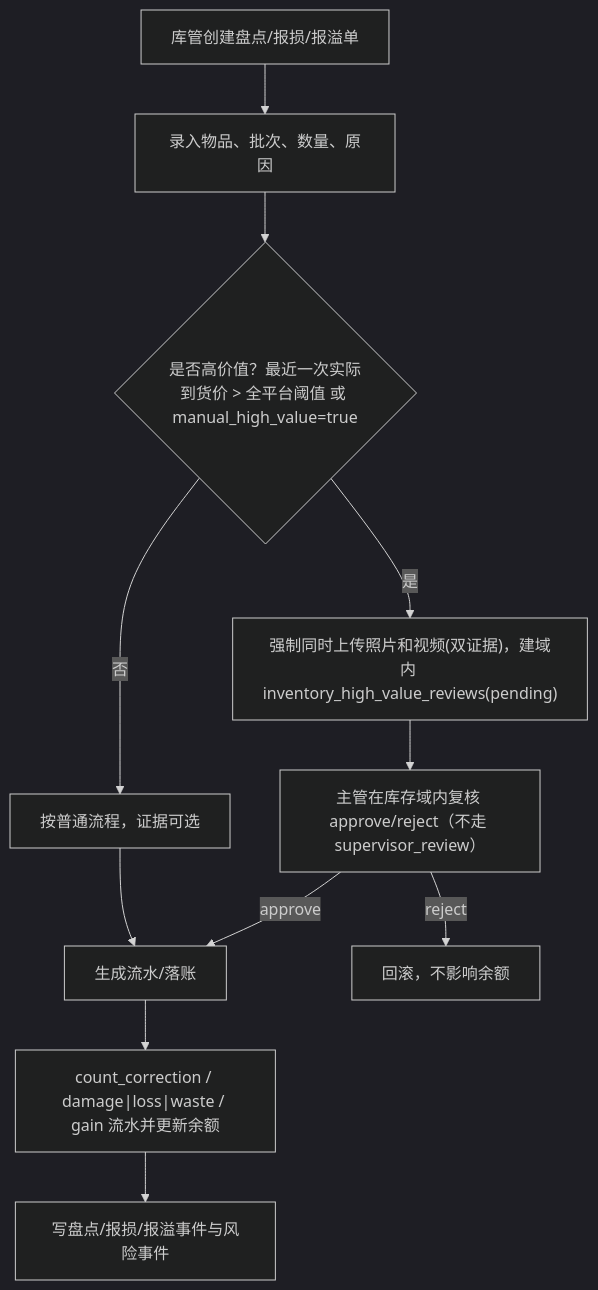
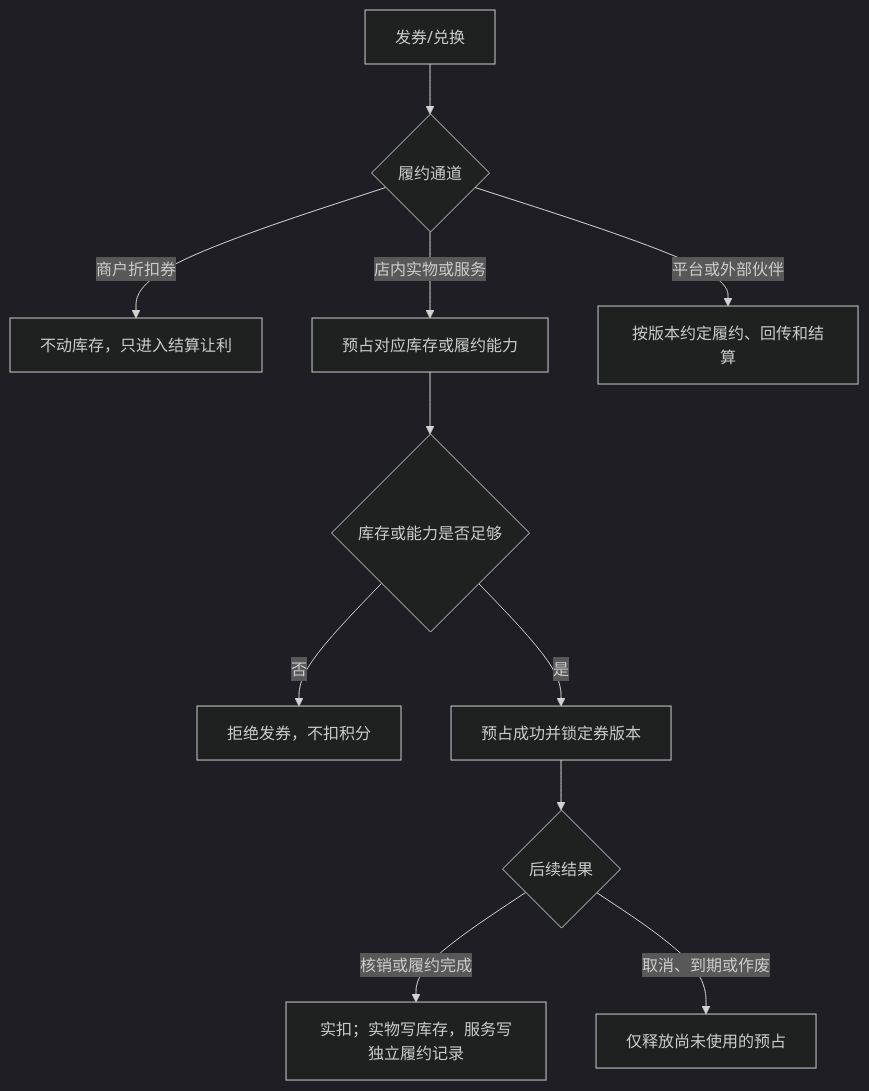
The third of 4 diagrams in docs/supply-chain-inventory-development-design-v0.1.md (jxh1979/mall), drawn with Mermaid (dark theme) before and after one commit. The commit also changed other lines of this file and 1 other file, not shown here.

````diff
--- a/docs/supply-chain-inventory-development-design-v0.1.md
+++ b/docs/supply-chain-inventory-development-design-v0.1.md
@@ -303,13 +283,13 @@
 ```mermaid
 flowchart TD
-  A["库管创建盘点/报损/报溢单"] --> B["录入物品、批次、数量、原因"]
-  B --> C{"是否高价值？最近一次实际到货价 > 全平台阈值 或 manual_high_value=true"}
-  C -- 是 --> D["强制同时上传照片和视频(双证据)，建域内 inventory_high_value_reviews(pending)"]
-  C -- 否 --> E["按普通流程，证据可选"]
-  D --> D1["主管在库存域内复核 approve/reject（不走 supervisor_review）"]
-  D1 -- approve --> F["生成流水/落账"]
-  D1 -- reject --> R["回滚，不影响余额"]
-  E --> F
-  F --> G["count_correction / damage|loss|waste / gain 流水并更新余额"]
-  G --> H["写盘点/报损/报溢事件与风险事件"]
+  A["发券/兑换"] --> B{"履约通道"}
+  B -- 商户折扣券 --> C["不动库存，只进入结算让利"]
+  B -- 店内实物或服务 --> D["预占对应库存或履约能力"]
+  B -- 平台或外部伙伴 --> E["按版本约定履约、回传和结算"]
+  D --> F{"库存或能力是否足够"}
+  F -- 否 --> G["拒绝发券，不扣积分"]
+  F -- 是 --> H["预占成功并锁定券版本"]
+  H --> I{"后续结果"}
+  I -- 核销或履约完成 --> J["实扣；实物写库存，服务写独立履约记录"]
+  I -- 取消、到期或作废 --> K["仅释放尚未使用的预占"]
 ```
````
